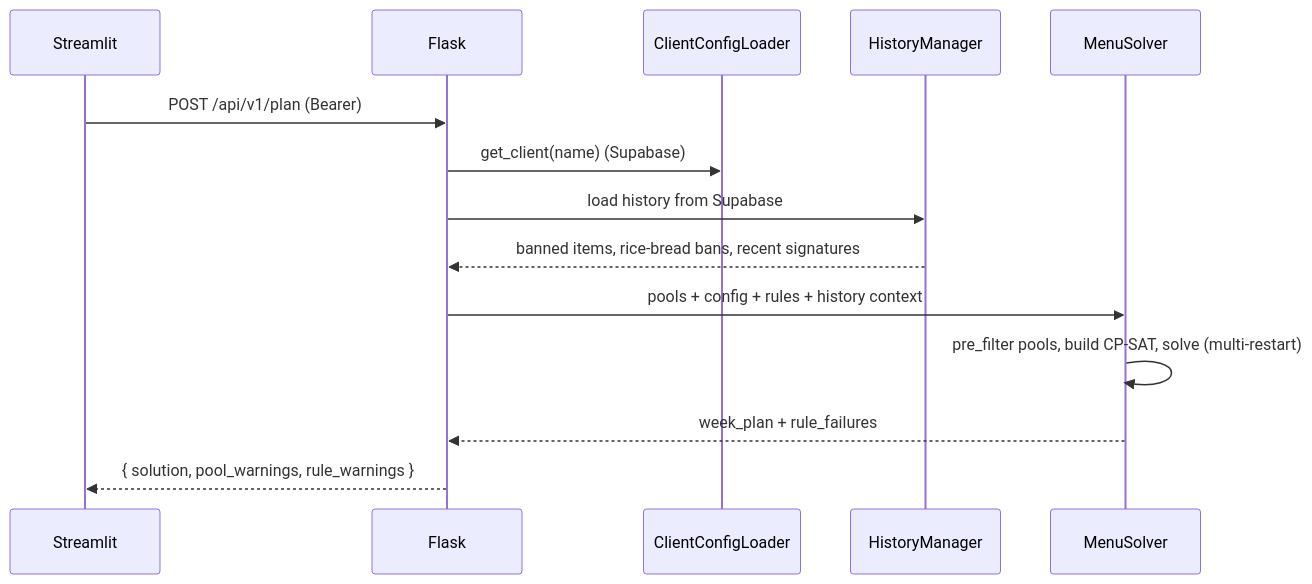
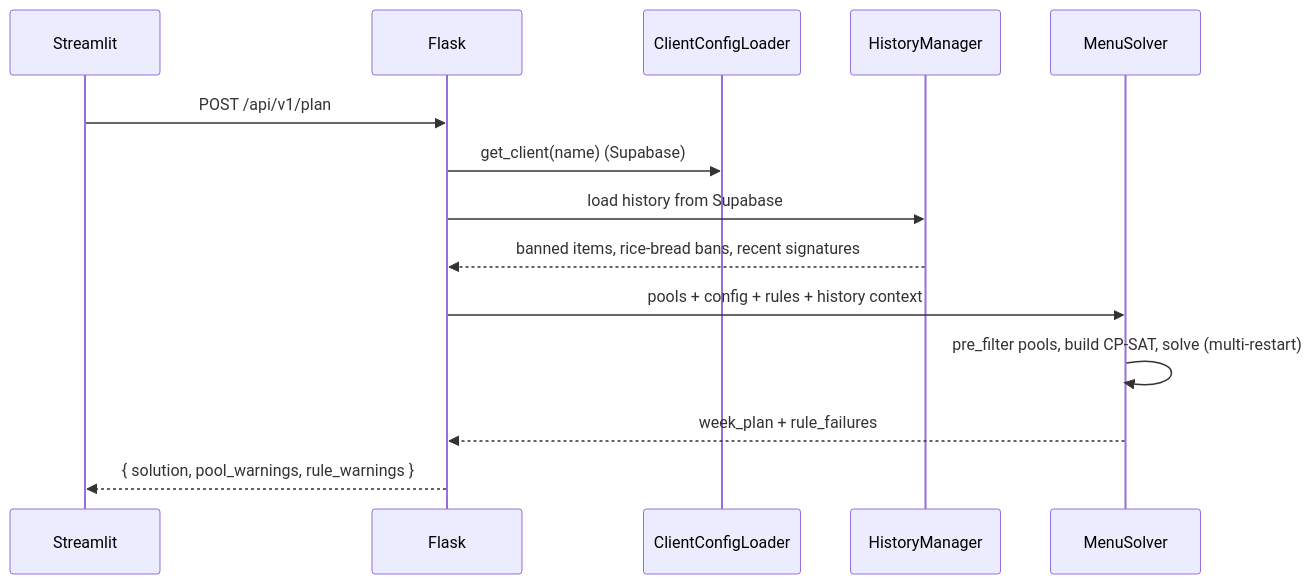
One commit to darshancmpawar/Menu_Engineering_App changed the second of 2 diagrams in ikigai_masala-main/docs/architecture.md. Above: the diagram before and after it, drawn with Mermaid. The commit also changed other lines of this file and 38 other files, not shown here.

````diff
--- a/ikigai_masala-main/docs/architecture.md
+++ b/ikigai_masala-main/docs/architecture.md
@@ -109,17 +68,17 @@
 ```mermaid
 sequenceDiagram
     participant S as Streamlit
     participant F as Flask
     participant L as ClientConfigLoader
     participant H as HistoryManager
     participant M as MenuSolver
 
-    S->>F: POST /api/v1/plan (Bearer)
+    S->>F: POST /api/v1/plan
     F->>L: get_client(name) (Supabase)
     F->>H: load history from Supabase
     H-->>F: banned items, rice-bread bans, recent signatures
     F->>M: pools + config + rules + history context
     M->>M: pre_filter pools, build CP-SAT, solve (multi-restart)
     M-->>F: week_plan + rule_failures
     F-->>S: { solution, pool_warnings, rule_warnings }
 ```
````
